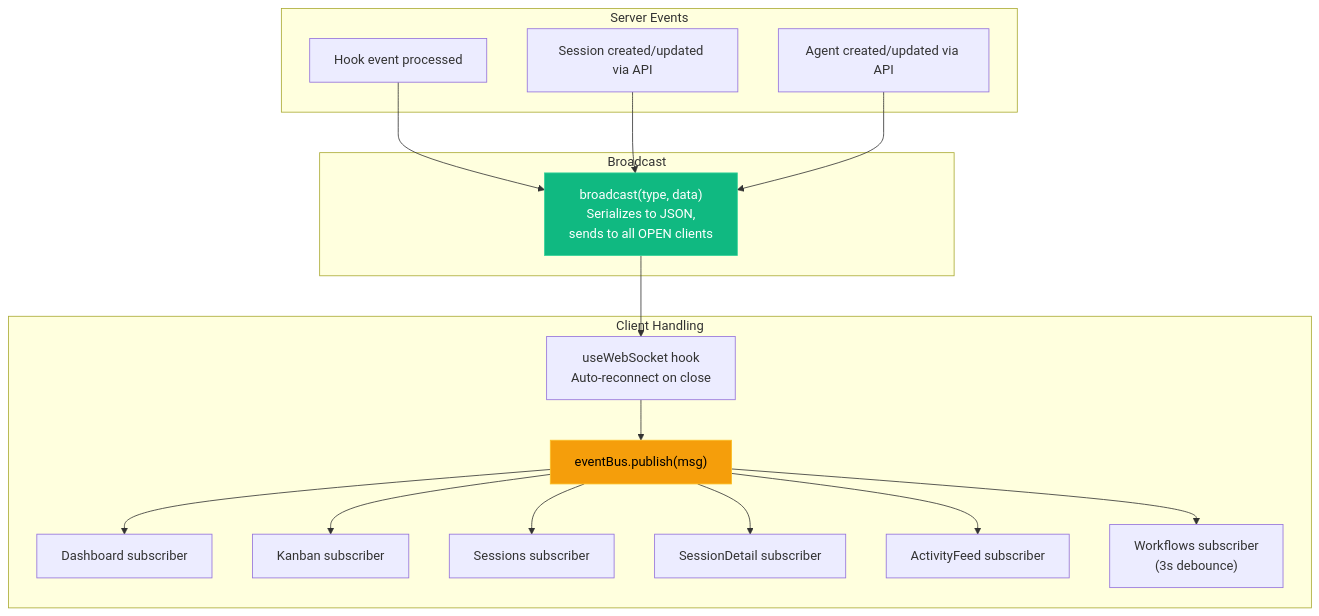
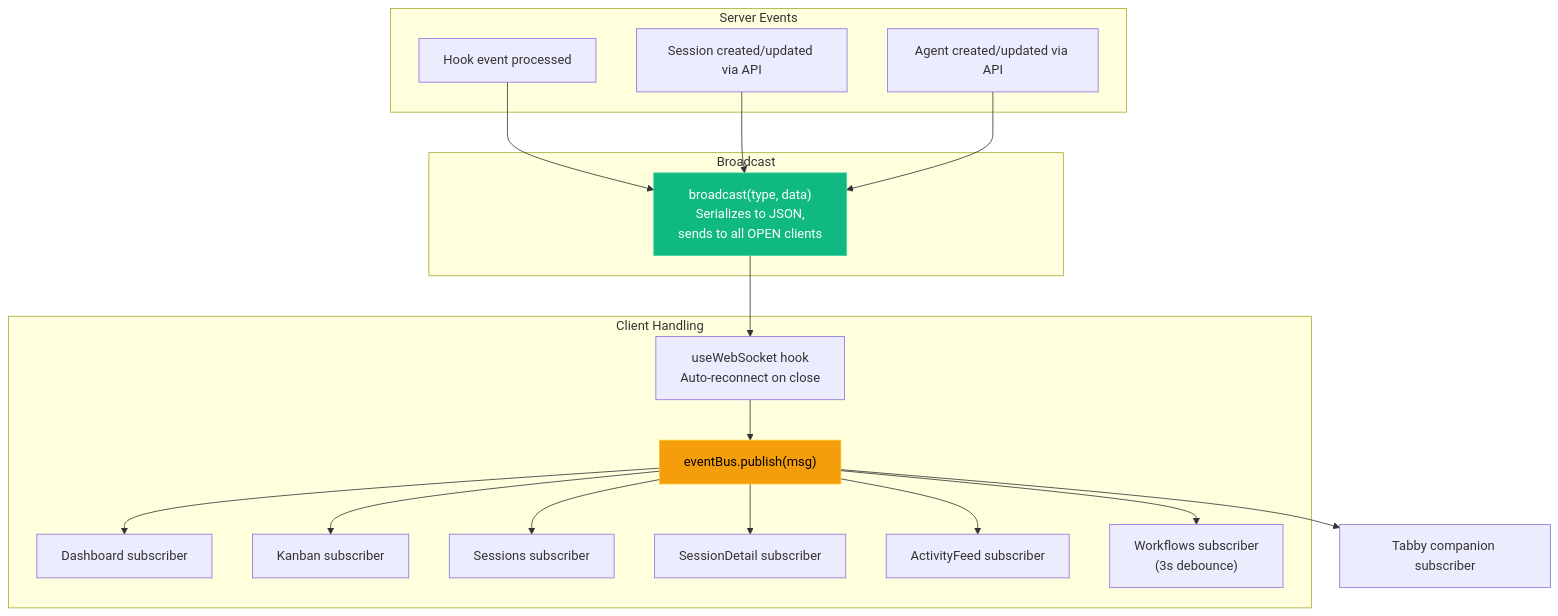
One commit to zhangqinzhong/Claude-Code-Agent-Monitor changed diagram 14 of 48 in ARCHITECTURE.md. Above: the diagram before and after it, drawn with Mermaid. The commit also changed other lines of this file and 5 other files, not shown here.

First line of the commit message:
docs: document Tabby companion across READMEs, ARCHITECTURE, landing, wiki

````diff
--- a/ARCHITECTURE.md
+++ b/ARCHITECTURE.md
@@ -830,31 +834,32 @@
 ```mermaid
 graph TD
     subgraph "Server Events"
         A[Hook event processed]
         B[Session created/updated via API]
         C[Agent created/updated via API]
     end
 
     subgraph "Broadcast"
         BC["broadcast(type, data)<br/>Serializes to JSON,<br/>sends to all OPEN clients"]
     end
 
     subgraph "Client Handling"
         WS["useWebSocket hook<br/>Auto-reconnect on close"]
         EB["eventBus.publish(msg)"]
         SUB1["Dashboard subscriber"]
         SUB2["Kanban subscriber"]
         SUB3["Sessions subscriber"]
         SUB4["SessionDetail subscriber"]
         SUB5["ActivityFeed subscriber"]
         SUB6["Workflows subscriber<br/>(3s debounce)"]
     end
 
     A & B & C --> BC
     BC --> WS
     WS --> EB
     EB --> SUB1 & SUB2 & SUB3 & SUB4 & SUB5 & SUB6
+    EB --> SUB7["Tabby companion subscriber"]
 
     style BC fill:#10b981,stroke:#34d399,color:#fff
     style EB fill:#f59e0b,stroke:#fbbf24,color:#000
 ```
````
